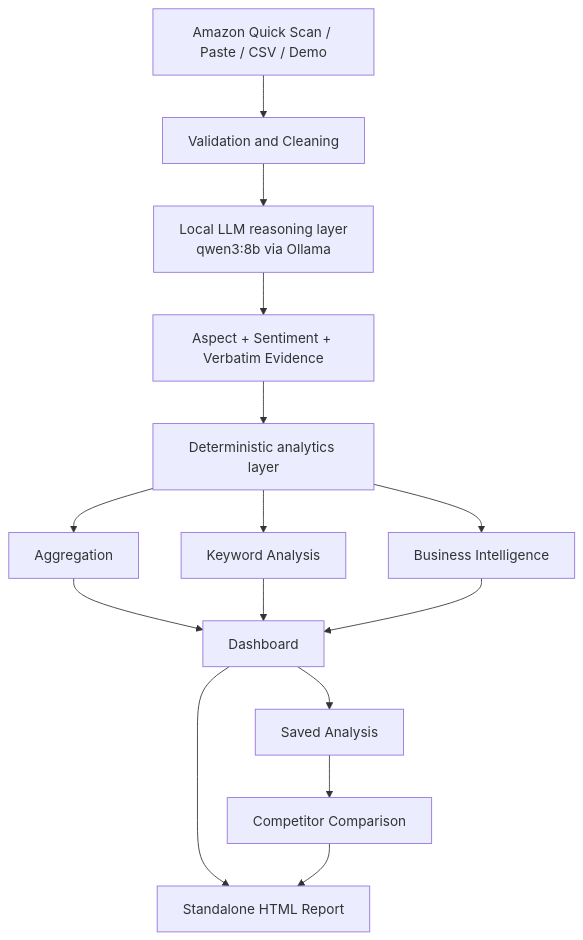
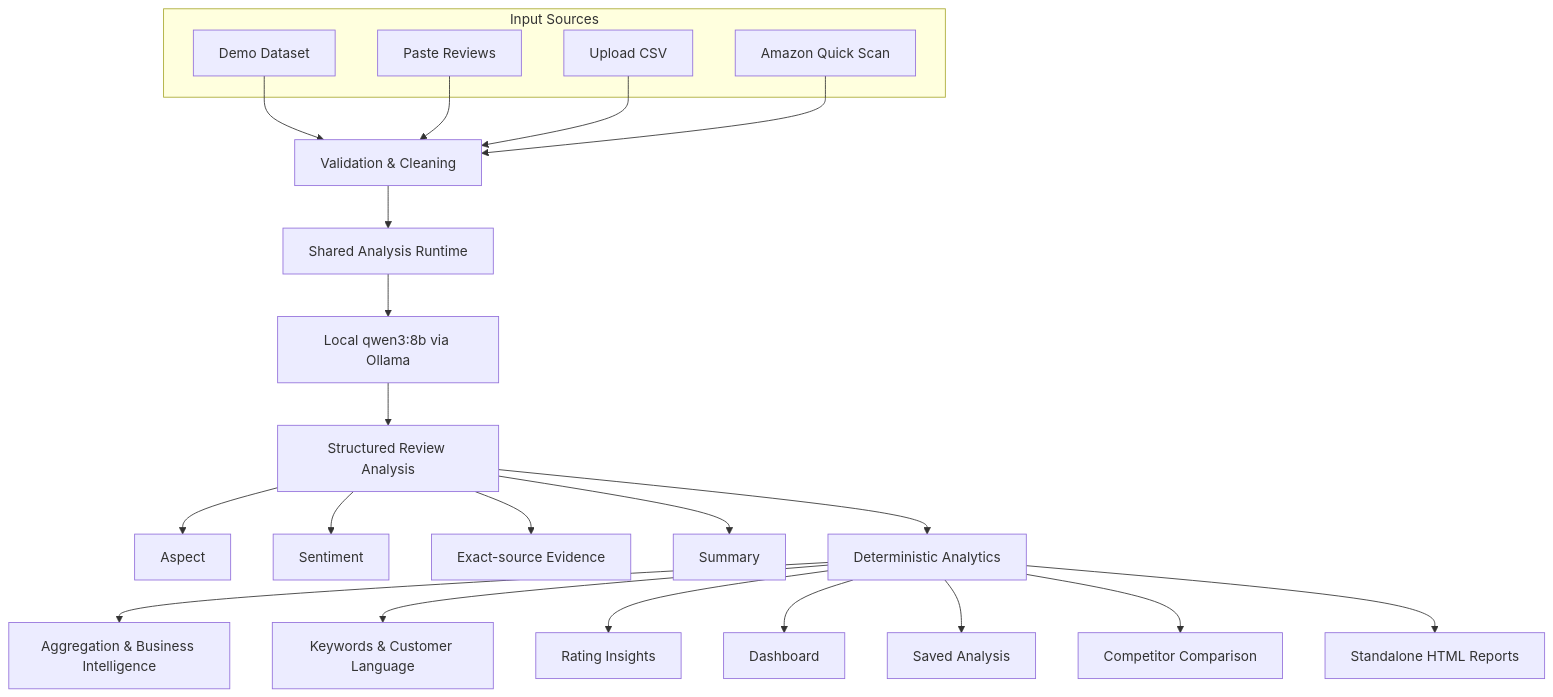
Before and after one commit to minghaocao/amazon-review-analyzer: the diagram in README.md, drawn with Mermaid. The commit also changed other lines of this file and 2 other files, not shown here.

````diff
--- a/README.md
+++ b/README.md
@@ -63,17 +99,32 @@
 ```mermaid
 flowchart TD
-    A[Amazon Quick Scan / Paste / CSV / Demo] --> B[Validation and Cleaning]
-    B --> C[Local LLM reasoning layer<br/>qwen3:8b via Ollama]
-    C --> D[Aspect + Sentiment + Verbatim Evidence]
-    D --> E[Deterministic analytics layer]
-    E --> F[Aggregation]
-    E --> G[Keyword Analysis]
-    E --> H[Business Intelligence]
-    F --> I[Dashboard]
-    G --> I
-    H --> I
-    I --> J[Saved Analysis]
-    J --> K[Competitor Comparison]
-    I --> L[Standalone HTML Report]
-    K --> L
+    subgraph Inputs[Input Sources]
+        A1[Demo Dataset]
+        A2[Paste Reviews]
+        A3[Upload CSV]
+        A4[Amazon Quick Scan]
+    end
+
+    A1 --> B[Validation & Cleaning]
+    A2 --> B
+    A3 --> B
+    A4 --> B
+    B --> C[Shared Analysis Runtime]
+    C --> D[Local qwen3:8b via Ollama]
+    D --> E[Structured Review Analysis]
+
+    E --> E1[Aspect]
+    E --> E2[Sentiment]
+    E --> E3[Exact-source Evidence]
+    E --> E4[Summary]
+
+    E --> F[Deterministic Analytics]
+    F --> F1[Aggregation & Business Intelligence]
+    F --> F2[Keywords & Customer Language]
+    F --> F3[Rating Insights]
+
+    F --> G1[Dashboard]
+    F --> G2[Saved Analysis]
+    F --> G3[Competitor Comparison]
+    F --> G4[Standalone HTML Reports]
 ```
````
